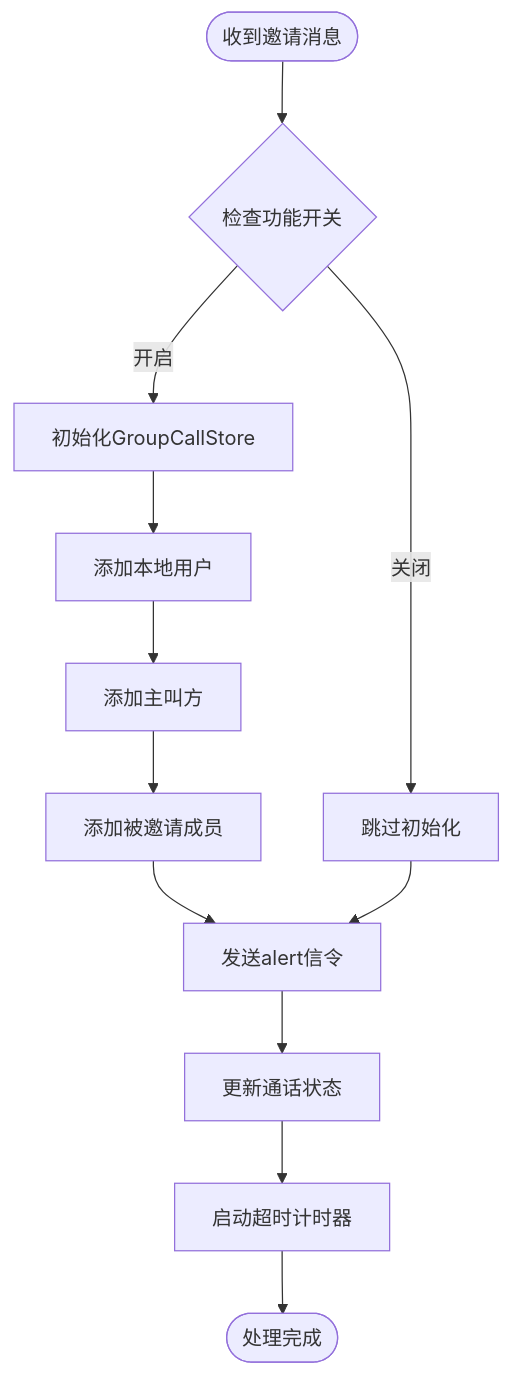
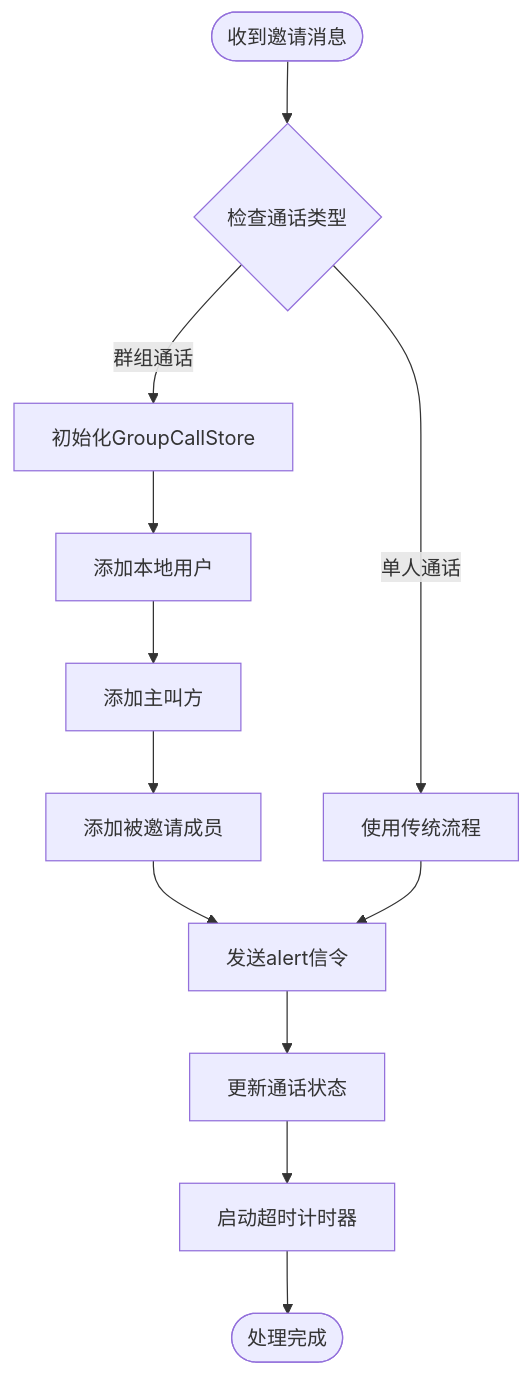
The fifth of 8 diagrams in .qoder/repowiki/zh/content/高级功能/功能开关系统.md (Easemob-Community/easemob-uikit-callkit-vue3), drawn with Mermaid before and after one commit. The commit also changed other lines of this file and 40 other files, not shown here.

````diff
--- a/.qoder/repowiki/zh/content/高级功能/功能开关系统.md
+++ b/.qoder/repowiki/zh/content/高级功能/功能开关系统.md
@@ -207,14 +247,14 @@
 ```mermaid
 flowchart TD
-Start([收到邀请消息]) --> CheckFlag{检查功能开关}
-CheckFlag --> |开启| InitGroupCall[初始化GroupCallStore]
-CheckFlag --> |关闭| SkipInit[跳过初始化]
+Start([收到邀请消息]) --> CheckType{检查通话类型}
+CheckType --> |群组通话| InitGroupCall[初始化GroupCallStore]
+CheckType --> |单人通话| SkipInit[使用传统流程]
 InitGroupCall --> AddLocalUser[添加本地用户]
 AddLocalUser --> AddCaller[添加主叫方]
 AddCaller --> AddInvited[添加被邀请成员]
 AddInvited --> SendAlert[发送alert信令]
 SkipInit --> SendAlert
 SendAlert --> UpdateStatus[更新通话状态]
 UpdateStatus --> StartTimer[启动超时计时器]
 StartTimer --> End([处理完成])
 ```
````
